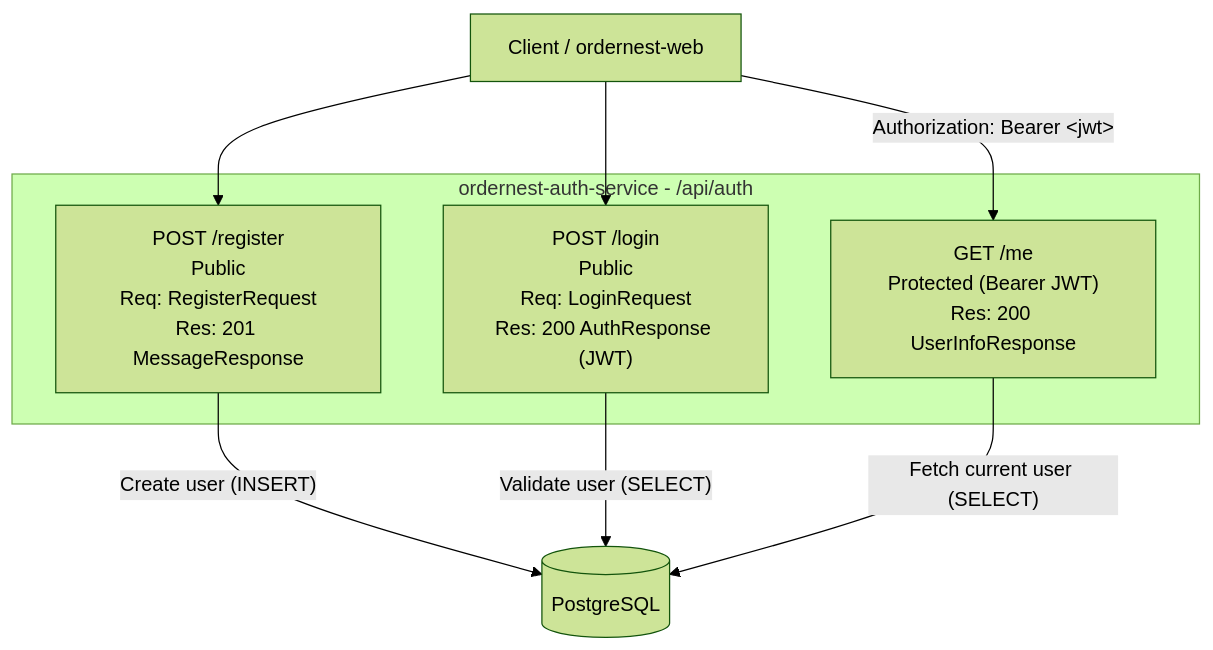
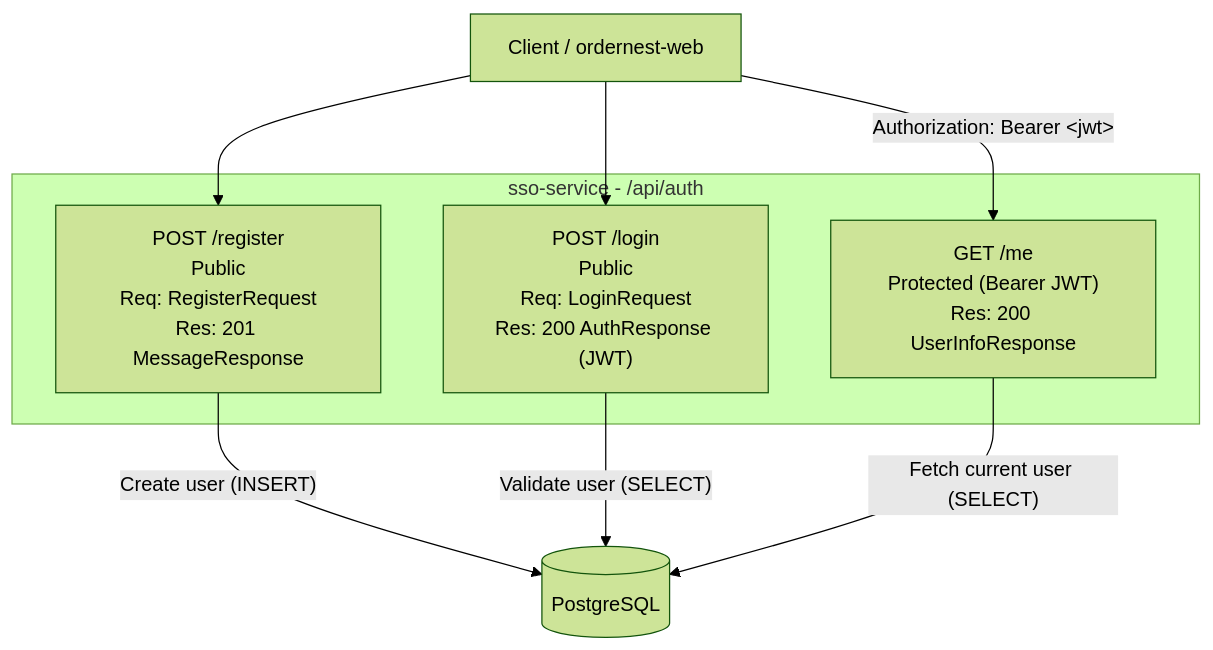
The diagram in README.md (arun65537/ordernest-auth-service), drawn with Mermaid (forest theme) before and after one commit. The commit also changed 2 other files, not shown here.

Commit message:
Rename auth service references to sso-service

````diff
--- a/README.md
+++ b/README.md
@@ -45,18 +45,18 @@
 ```mermaid
 flowchart TD
     C[Client / ordernest-web]
     DB[(PostgreSQL)]
 
-    subgraph AUTH[ordernest-auth-service - /api/auth]
+subgraph AUTH[sso-service - /api/auth]
       R["POST /register<br/>Public<br/>Req: RegisterRequest<br/>Res: 201 MessageResponse"]
       L["POST /login<br/>Public<br/>Req: LoginRequest<br/>Res: 200 AuthResponse (JWT)"]
       M["GET /me<br/>Protected (Bearer JWT)<br/>Res: 200 UserInfoResponse"]
     end
 
     C --> R
     C --> L
     C -->|"Authorization: Bearer &lt;jwt&gt;"| M
     R -->|"Create user (INSERT)"| DB
     L -->|"Validate user (SELECT)"| DB
     M -->|"Fetch current user (SELECT)"| DB
 ```
````
